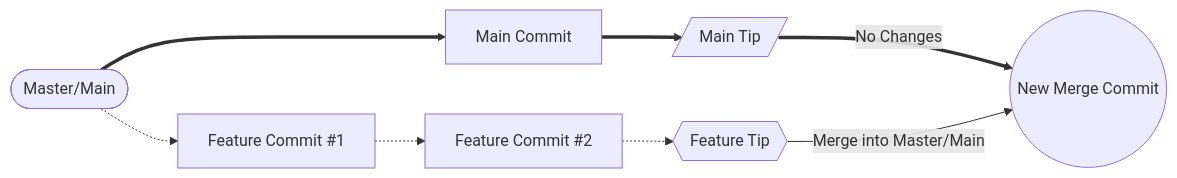
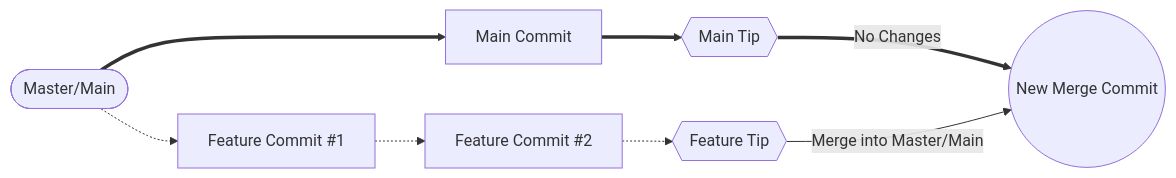
One commit to gospino123/gospino123-uf changed the first of 5 diagrams in README.md. Above: the diagram before and after it, drawn with Mermaid.

Commit message:
Update Main/Master tip

````diff
--- a/README.md
+++ b/README.md
@@ -83,10 +83,10 @@
 ```mermaid
 flowchart LR
  A([Master/Main]) ==> B[Main Commit];
  A -.-> D[Feature Commit #1];
- B ==> C[/Main Tip/];
+ B ==> C{{Main Tip}};
  D -.-> E[Feature Commit #2];
  E -.-> F{{Feature Tip}};
  C == No Changes ==> G((New Merge Commit));
  F -- Merge into Master/Main --> G
 ```
````
